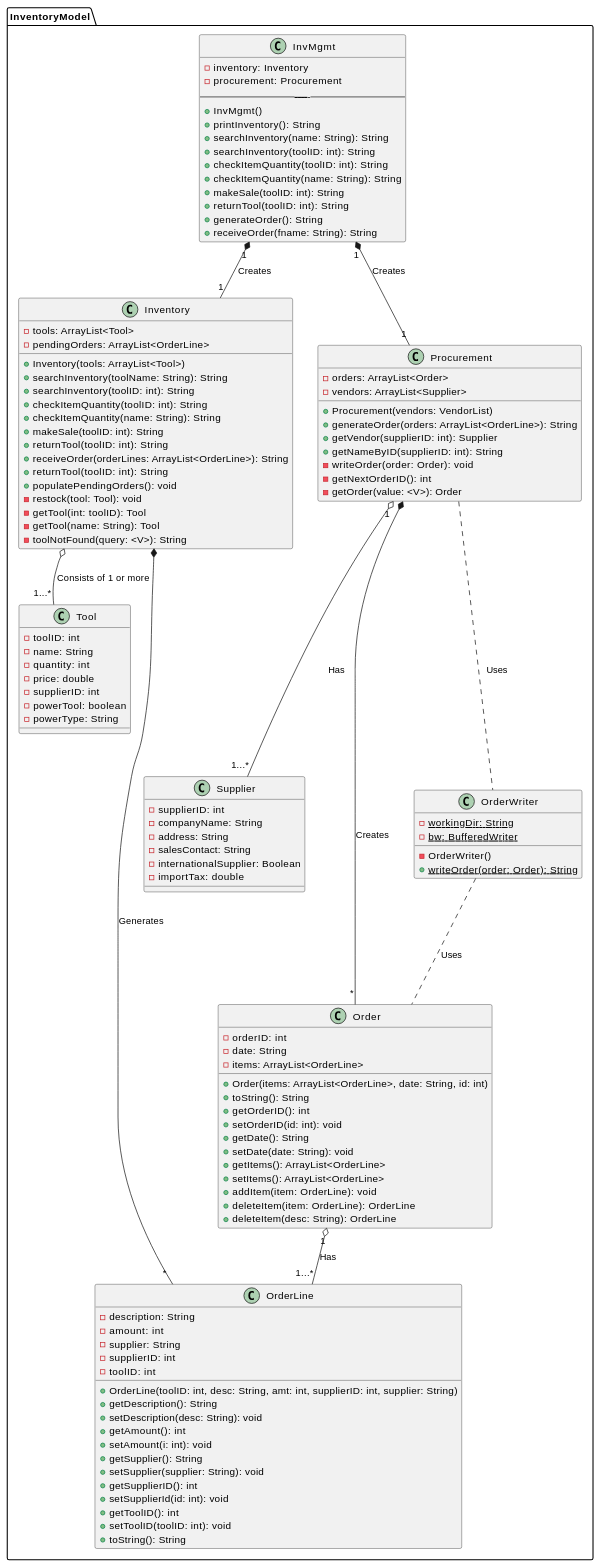
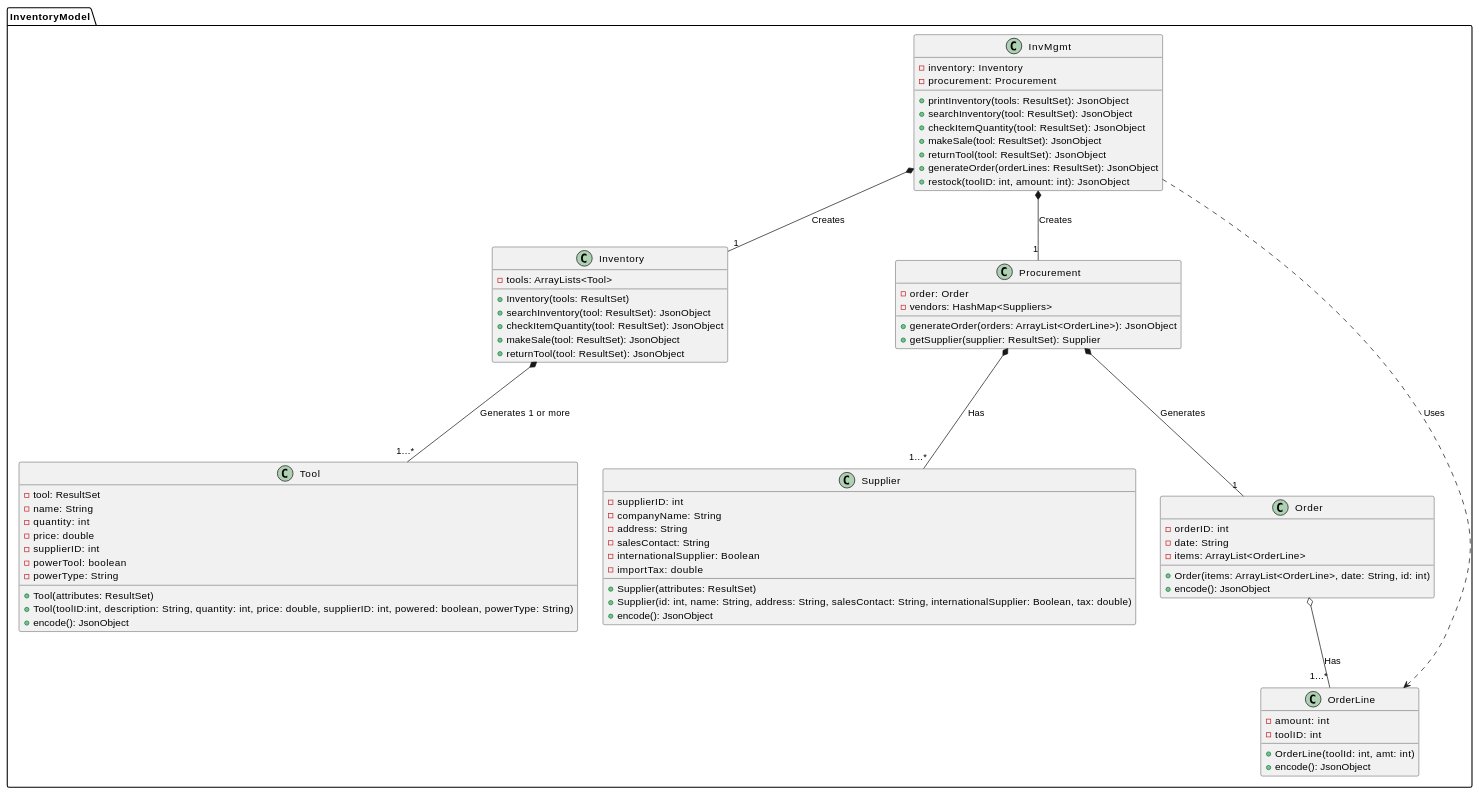
One commit to mklasby/MVC-Distributed-Inventory-Management changed the diagram in UML Models/InventoryModel.md. Above: the diagram before and after it, drawn with PlantUML. The commit also changed 9 other files, not shown here.

```diff
--- a/UML Models/InventoryModel.md
+++ b/UML Models/InventoryModel.md
@@ -4,61 +4,42 @@
 class InvMgmt{
     -inventory: Inventory
     -procurement: Procurement
-    -------------------------
-    +InvMgmt()
-    +printInventory(): String
-    +searchInventory(name: String): String
-    +searchInventory(toolID: int): String 
-    +checkItemQuantity(toolID: int): String
-    +checkItemQuantity(name: String): String
-    +makeSale(toolID: int): String
-    +returnTool(toolID: int): String
-    +generateOrder(): String
-    +receiveOrder(fname: String): String
+    +printInventory(tools: ResultSet): JsonObject
+    +searchInventory(tool: ResultSet): JsonObject
+    +checkItemQuantity(tool: ResultSet): JsonObject
+    +makeSale(tool: ResultSet): JsonObject
+    +returnTool(tool: ResultSet): JsonObject
+    +generateOrder(orderLines: ResultSet): JsonObject
+    +restock(toolID: int, amount: int): JsonObject
 }
 
 class Inventory{
-    -tools: ArrayList<Tool>
-    -pendingOrders: ArrayList<OrderLine>
-
-    +Inventory(tools: ArrayList<Tool>)
-    +searchInventory(toolName: String): String
-    +searchInventory(toolID: int): String
-    +checkItemQuantity(toolID: int): String
-    +checkItemQuantity(name: String): String
-    +makeSale(toolID: int): String
-    +returnTool(toolID: int): String
-    +receiveOrder(orderLines: ArrayList<OrderLine>): String
-    +returnTool(toolID: int): String
-    +populatePendingOrders(): void
-    -restock(tool: Tool): void
-    -getTool(int: toolID): Tool
-    -getTool(name: String): Tool
-    -toolNotFound(query: <V>): String
-    
+    -tools: ArrayLists<Tool>
+    +Inventory(tools: ResultSet)
+    +searchInventory(tool: ResultSet): JsonObject
+    +checkItemQuantity(tool: ResultSet): JsonObject
+    +makeSale(tool: ResultSet): JsonObject
+    +returnTool(tool: ResultSet): JsonObject
 }
 
 class Tool{
-    -toolID: int
+    -tool: ResultSet
     -name: String
     -quantity: int
     -price: double
     -supplierID: int
     -powerTool: boolean
     -powerType: String
+    +Tool(attributes: ResultSet)
+    +Tool(toolID:int, description: String, quantity: int, price: double, supplierID: int, powered: boolean, powerType: String)
+    +encode(): JsonObject
 }
 
 class Procurement {
-    -orders: ArrayList<Order>
-    -vendors: ArrayList<Supplier>
-
-    +Procurement(vendors: VendorList)
-    +generateOrder(orders: ArrayList<OrderLine>): String
-    +getVendor(supplierID: int): Supplier
-    +getNameByID(supplierID: int): String
-    -writeOrder(order: Order): void
-    -getNextOrderID(): int
-    -getOrder(value: <V>): Order
+    -order: Order
+    -vendors: HashMap<Suppliers>
+    +generateOrder(orders: ArrayList<OrderLine>): JsonObject
+    +getSupplier(supplier: ResultSet): Supplier
 }
 
 class Supplier{
@@ -68,64 +49,34 @@
     -salesContact: String
     -internationalSupplier: Boolean
     -importTax: double
+    +Supplier(attributes: ResultSet)
+    +Supplier(id: int, name: String, address: String, salesContact: String, internationalSupplier: Boolean, tax: double)
+    +encode(): JsonObject
 }
 
 class Order{
     -orderID: int
     -date: String
     -items: ArrayList<OrderLine>
-    
     +Order(items: ArrayList<OrderLine>, date: String, id: int)
-    +toString(): String
-    +getOrderID(): int
-    +setOrderID(id: int): void
-    +getDate(): String
-    +setDate(date: String): void
-    +getItems(): ArrayList<OrderLine>
-    +setItems(): ArrayList<OrderLine>
-    +addItem(item: OrderLine): void
-    +deleteItem(item: OrderLine): OrderLine
-    +deleteItem(desc: String): OrderLine
+    +encode(): JsonObject
 }
 
 class OrderLine{
-    -description: String
     -amount: int
-    -supplier: String
-    -supplierID: int
     -toolID: int
-    
-    +OrderLine(toolID: int, desc: String, amt: int, supplierID: int, supplier: String)
-    +getDescription(): String
-    +setDescription(desc: String): void
-    +getAmount(): int
-    +setAmount(i: int): void
-    +getSupplier(): String
-    +setSupplier(supplier: String): void    
-    +getSupplierID(): int
-    +setSupplierId(id: int): void
-    +getToolID(): int
-    +setToolID(toolID: int): void
-    +toString(): String
+    +OrderLine(toolId: int, amt: int)
+    +encode(): JsonObject
 }
 
 
-class OrderWriter {
-    -{static} workingDir: String
-    -{static}bw: BufferedWriter
+Inventory *--- "1...*" Tool: Generates 1 or more 
+Procurement *--- "1" Order: Generates
+Procurement *--- "1...*" Supplier: Has 
 
-    -OrderWriter()
-    +{static}writeOrder(order: Order): String
-}
-
-Procurement ... OrderWriter: Uses
-Procurement *--- "*" Order: Creates
-Procurement "1" o--- "1...*" Supplier: Has 
-Inventory o-- "1...*" Tool: Consists of 1 or more
-Inventory  *--- "*" OrderLine: Generates
-InvMgmt "1" *-- "1" Inventory: Creates
-InvMgmt "1" *-- "1" Procurement: Creates
-Order "1" o-- "1...*" OrderLine: Has
-OrderWriter ... Order: Uses
+InvMgmt  ...>  OrderLine: Uses
+InvMgmt *-- "1" Inventory: Creates
+InvMgmt *-- "1" Procurement: Creates
+Order o-- "1...*" OrderLine: Has
 
 @enduml
```
